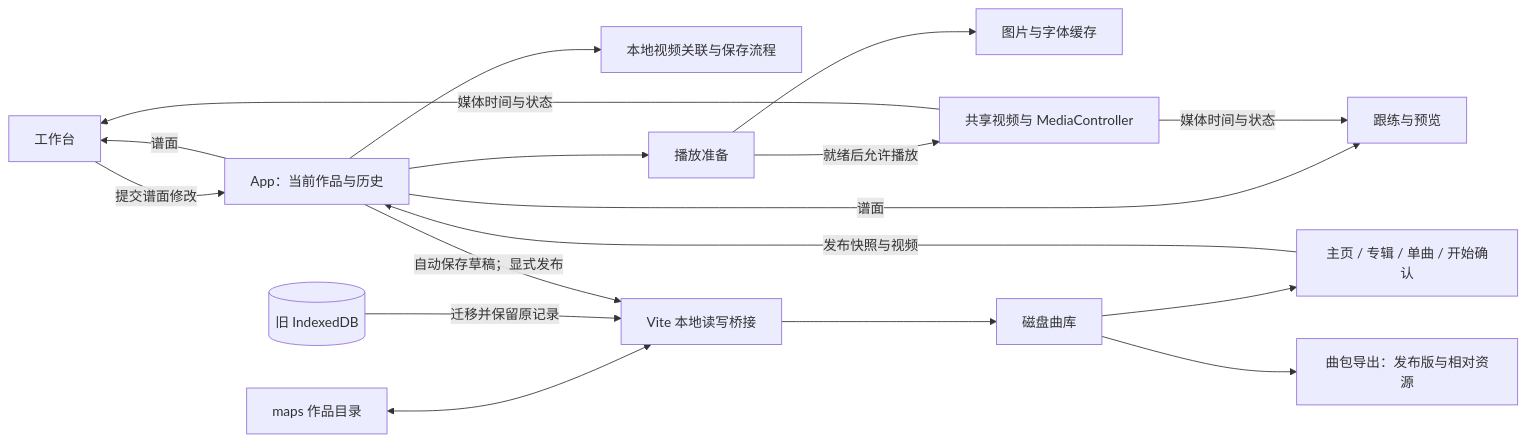
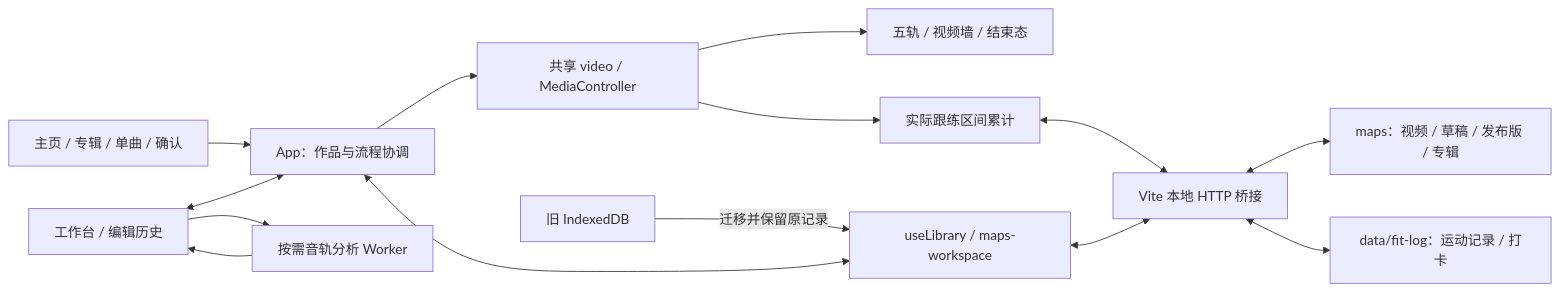
One commit to Bracer9/Waifu-Fit-Player changed the diagram in docs/HLD.md. Above: the diagram before and after it, drawn with Mermaid. The commit also changed other lines of this file and 3 other files, not shown here.

First line of the commit message:
docs: refresh architecture, performance findings and save delivery requirements

````diff
--- a/docs/HLD.md
+++ b/docs/HLD.md
@@ -13,19 +21,16 @@
 ```mermaid
 flowchart LR
-  Editor[工作台] -->|提交谱面修改| App[App：当前作品与历史]
-  App -->|谱面| Editor
-  App -->|谱面| Player[跟练与预览]
-  App --> Local[本地视频关联与保存流程]
-  App --> Prep[播放准备]
-  Prep --> Cache[图片与字体缓存]
-  Prep -->|就绪后允许播放| Media[共享视频与 MediaController]
-  Media -->|媒体时间与状态| Editor
-  Media -->|媒体时间与状态| Player
-  Maps[maps 作品目录] <--> Bridge[Vite 本地读写桥接]
-  Bridge --> Library[磁盘曲库]
-  DB[(旧 IndexedDB)] -->|迁移并保留原记录| Bridge
-  Library --> Menu[主页 / 专辑 / 单曲 / 开始确认]
-  Menu -->|发布快照与视频| App
-  App -->|自动保存草稿；显式发布| Bridge
-  Library --> Export[曲包导出：发布版与相对资源]
+  Menu[主页 / 专辑 / 单曲 / 确认] --> App[App：作品与流程协调]
+  Editor[工作台 / 编辑历史] <--> App
+  App --> Media[共享 video / MediaController]
+  Media --> Player[五轨 / 视频墙 / 结束态]
+  App <--> Library[useLibrary / maps-workspace]
+  Library <--> Bridge[Vite 本地 HTTP 桥接]
+  Bridge <--> Maps[maps：视频 / 草稿 / 发布版 / 专辑]
+  Media --> Record[实际跟练区间累计]
+  Record <--> Bridge
+  Bridge <--> Log[data/fit-log：运动记录 / 打卡]
+  Editor --> Worker[按需音轨分析 Worker]
+  Worker --> Editor
+  Legacy[旧 IndexedDB] -->|迁移并保留原记录| Library
 ```
````
